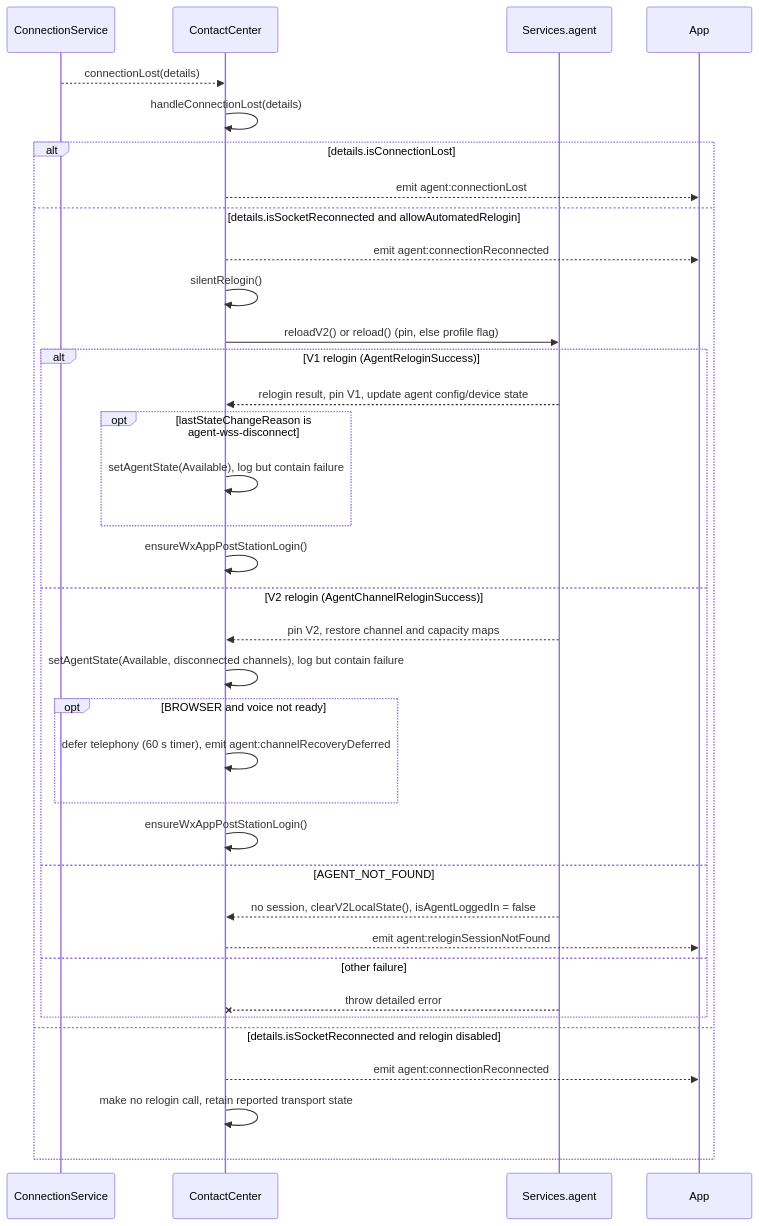
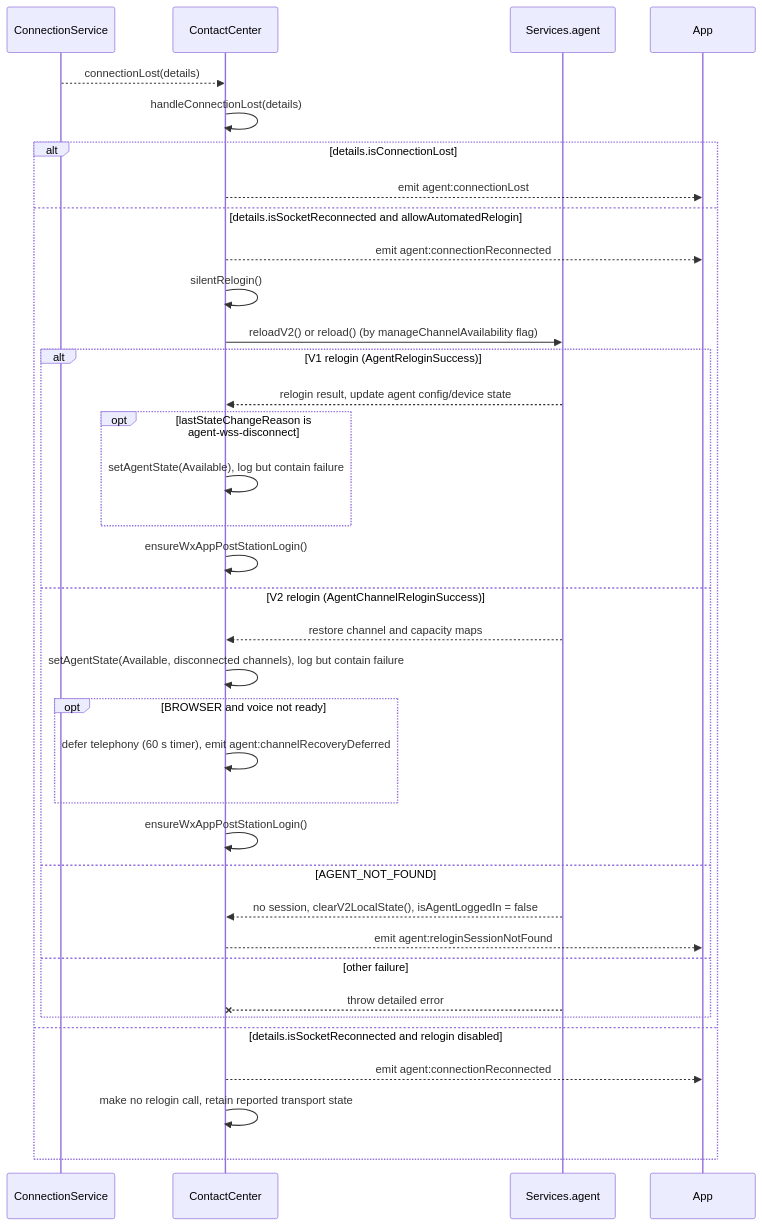
The fourth of 10 diagrams in packages/@webex/contact-center/src/docs/README.md (webex/webex-js-sdk), drawn with Mermaid before and after one commit. The commit also changed other lines of this file and 4 other files, not shown here.

First line of the commit message:
refactor(contact-center): remove pinnedVersion - use manageChannelAvailability directly

````diff
--- a/packages/@webex/contact-center/src/docs/README.md
+++ b/packages/@webex/contact-center/src/docs/README.md
@@ -365,38 +364,38 @@
 ```mermaid
 sequenceDiagram
   participant CS as ConnectionService
   participant CC as ContactCenter
   participant Agent as Services.agent
   participant App
   CS-->>CC: connectionLost(details)
   CC->>CC: handleConnectionLost(details)
   alt details.isConnectionLost
     CC-->>App: emit agent:connectionLost
   else details.isSocketReconnected and allowAutomatedRelogin
     CC-->>App: emit agent:connectionReconnected
     CC->>CC: silentRelogin()
-    CC->>Agent: reloadV2() or reload() (pin, else profile flag)
+    CC->>Agent: reloadV2() or reload() (by manageChannelAvailability flag)
     alt V1 relogin (AgentReloginSuccess)
-      Agent-->>CC: relogin result, pin V1, update agent config/device state
+      Agent-->>CC: relogin result, update agent config/device state
       opt lastStateChangeReason is agent-wss-disconnect
         CC->>CC: setAgentState(Available), log but contain failure
       end
       CC->>CC: ensureWxAppPostStationLogin()
     else V2 relogin (AgentChannelReloginSuccess)
-      Agent-->>CC: pin V2, restore channel and capacity maps
+      Agent-->>CC: restore channel and capacity maps
       CC->>CC: setAgentState(Available, disconnected channels), log but contain failure
       opt BROWSER and voice not ready
         CC->>CC: defer telephony (60 s timer), emit agent:channelRecoveryDeferred
       end
       CC->>CC: ensureWxAppPostStationLogin()
     else AGENT_NOT_FOUND
       Agent-->>CC: no session, clearV2LocalState(), isAgentLoggedIn = false
       CC-->>App: emit agent:reloginSessionNotFound
     else other failure
       Agent--xCC: throw detailed error
     end
   else details.isSocketReconnected and relogin disabled
     CC-->>App: emit agent:connectionReconnected
     CC->>CC: make no relogin call, retain reported transport state
   end
 ```
````
